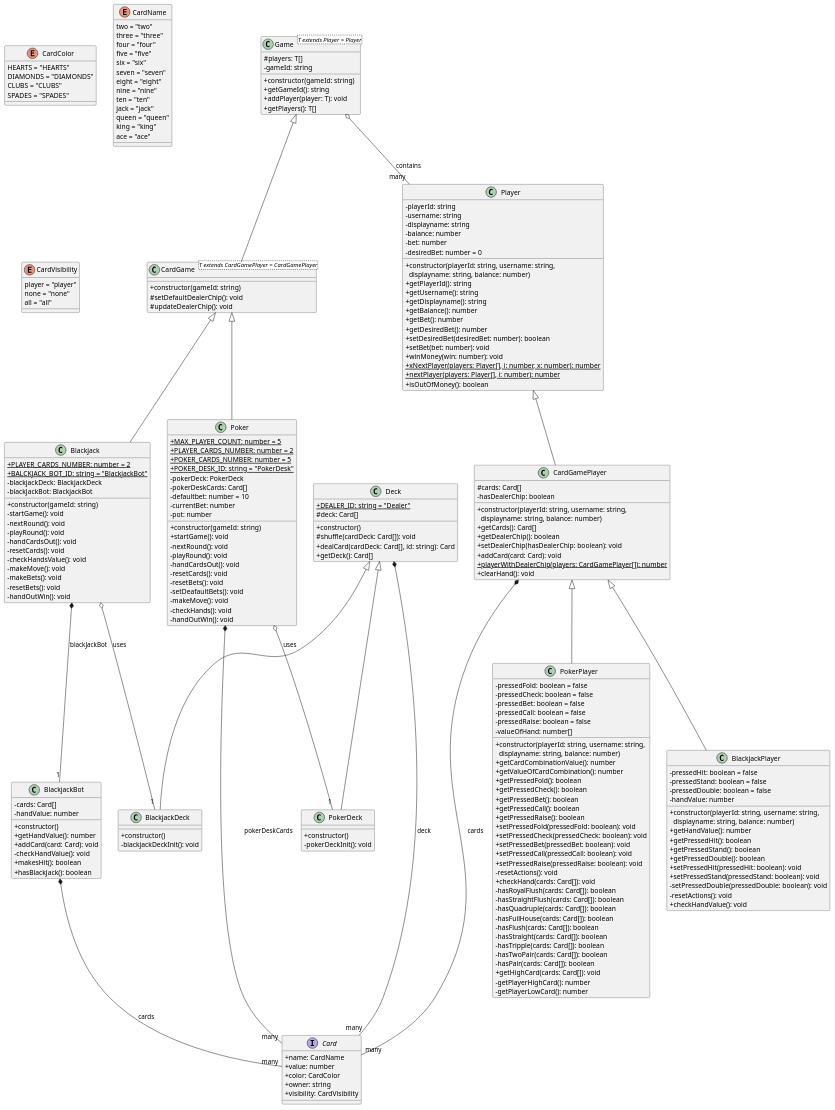
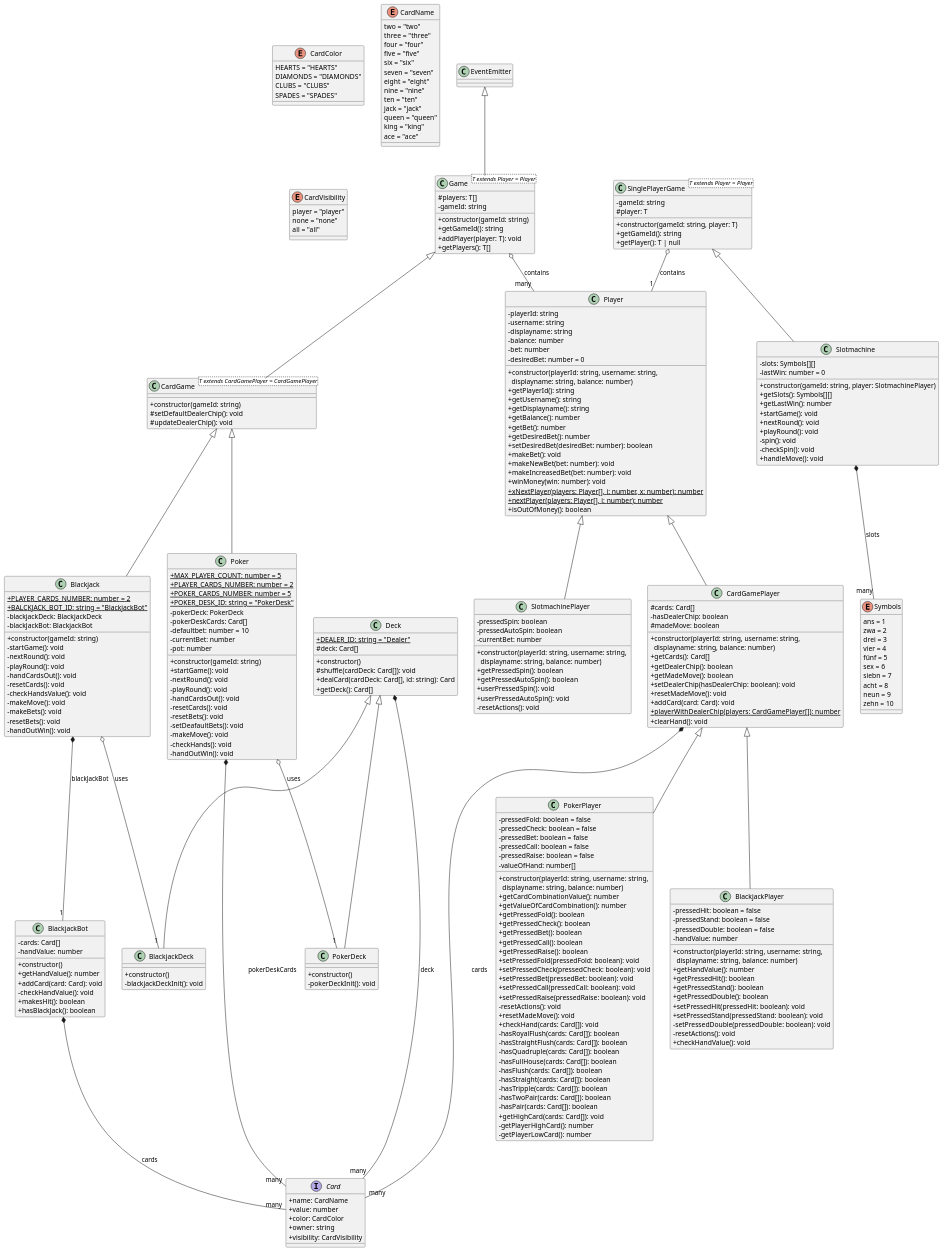
One commit to FelixZannantoni/OnlineCasino changed the diagram in backend/src/gameLogic/classdiagram.puml. Above: the diagram before and after it, drawn with PlantUML.

Commit message:
updated class diagram

```diff
--- a/backend/src/gameLogic/classdiagram.puml
+++ b/backend/src/gameLogic/classdiagram.puml
@@ -39,7 +39,23 @@
   all = "all"
 }
 
+enum Symbols {
+  ans = 1
+  zwa = 2
+  drei = 3
+  vier = 4
+  fünf = 5
+  sex = 6
+  siebn = 7
+  acht = 8
+  neun = 9
+  zehn = 10
+}
+
 ' Classes
+class EventEmitter {
+}
+
 class Game<T extends Player = Player> {
   #players: T[]
   -gameId: string
@@ -47,6 +63,28 @@
   +getGameId(): string
   +addPlayer(player: T): void
   +getPlayers(): T[]
+}
+
+class SinglePlayerGame<T extends Player = Player> {
+  -gameId: string
+  #player: T
+  +constructor(gameId: string, player: T)
+  +getGameId(): string
+  +getPlayer(): T | null
+}
+
+class Slotmachine {
+  -slots: Symbols[][]
+  -lastWin: number = 0
+  +constructor(gameId: string, player: SlotmachinePlayer)
+  +getSlots(): Symbols[][]
+  +getLastWin(): number
+  +startGame(): void
+  +nextRound(): void
+  +playRound(): void
+  -spin(): void
+  -checkSpin(): void
+  +handleMove(): void
 }
 
 class CardGame<T extends CardGamePlayer = CardGamePlayer> {
@@ -122,20 +160,37 @@
   +getBet(): number
   +getDesiredBet(): number
   +setDesiredBet(desiredBet: number): boolean
-  +setBet(bet: number): void
+  +makeBet(): void
+  +makeNewBet(bet: number): void
+  +makeIncreasedBet(bet: number): void
   +winMoney(win: number): void
   {static} +xNextPlayer(players: Player[], i: number, x: number): number
   {static} +nextPlayer(players: Player[], i: number): number
   +isOutOfMoney(): boolean
 }
 
+class SlotmachinePlayer {
+  -pressedSpin: boolean
+  -pressedAutoSpin: boolean
+  -currentBet: number
+  +constructor(playerId: string, username: string, \n  displayname: string, balance: number)
+  +getPressedSpin(): boolean
+  +getPressedAutoSpin(): boolean
+  +userPressedSpin(): void
+  +userPressedAutoSpin(): void
+  -resetActions(): void
+}
+
 class CardGamePlayer {
   #cards: Card[]
   -hasDealerChip: boolean
+  #madeMove: boolean
   +constructor(playerId: string, username: string, \n  displayname: string, balance: number)
   +getCards(): Card[]
   +getDealerChip(): boolean
+  +getMadeMove(): boolean
   +setDealerChip(hasDealerChip: boolean): void
+  +resetMadeMove(): void
   +addCard(card: Card): void
   {static} +playerWithDealerChip(players: CardGamePlayer[]): number
   +clearHand(): void
@@ -162,6 +217,7 @@
   +setPressedCall(pressedCall: boolean): void
   +setPressedRaise(pressedRaise: boolean): void
   -resetActions(): void
+  +resetMadeMove(): void
   +checkHand(cards: Card[]): void
   -hasRoyalFlush(cards: Card[]): boolean
   -hasStraightFlush(cards: Card[]): boolean
@@ -214,17 +270,21 @@
 }
 
 ' Inheritance
+EventEmitter <|-- Game
 Game <|-- CardGame
 CardGame <|-- Poker
 CardGame <|-- Blackjack
+SinglePlayerGame <|-- Slotmachine
 Deck <|-- BlackjackDeck
 Deck <|-- PokerDeck
 Player <|-- CardGamePlayer
+Player <|-- SlotmachinePlayer
 CardGamePlayer <|-- PokerPlayer
 CardGamePlayer <|-- BlackjackPlayer
 
 ' Associations
 Game o-- "many" Player : contains
+SinglePlayerGame o-- "1" Player : contains
 Poker *-- "many" Card : pokerDeskCards
 CardGamePlayer *-- "many" Card : cards
 Deck *-- "many" Card : deck
@@ -232,5 +292,6 @@
 Blackjack o-- "1" BlackjackDeck : uses
 Blackjack *-- "1" BlackjackBot : blackJackBot
 BlackjackBot *-- "many" Card : cards
+Slotmachine *-- "many" Symbols : slots
 
 @enduml
```
